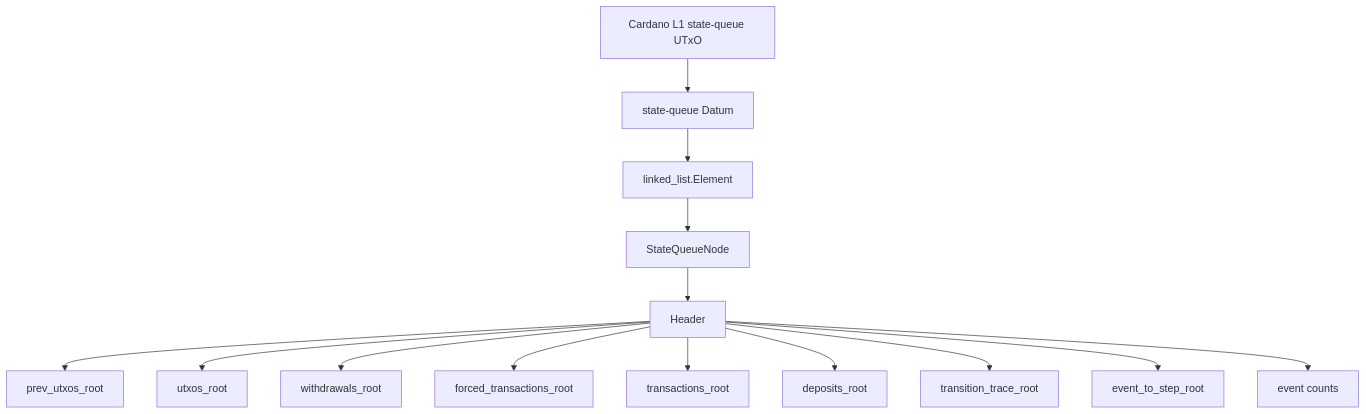
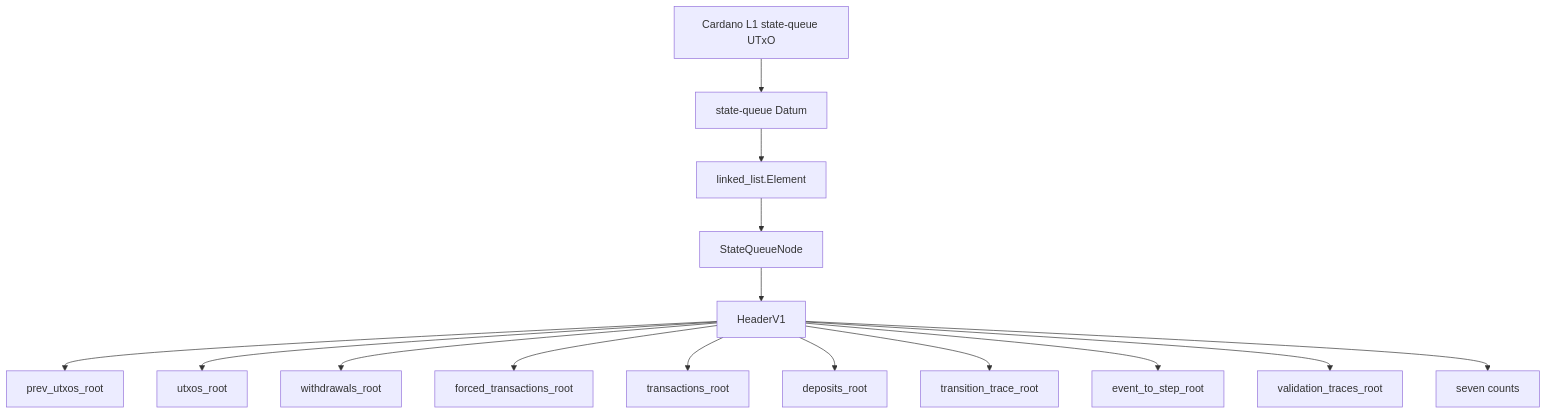
One commit to Anastasia-Labs/midgard changed the first of 4 diagrams in demo/midgard-node/docs/TRANSITION_TRACE_COMMITMENTS.md. Above: the diagram before and after it, drawn with Mermaid. The commit also changed other lines of this file and 8 other files, not shown here.

````diff
--- a/demo/midgard-node/docs/TRANSITION_TRACE_COMMITMENTS.md
+++ b/demo/midgard-node/docs/TRANSITION_TRACE_COMMITMENTS.md
@@ -151,23 +160,24 @@
 ```mermaid
 flowchart TD
   L1["Cardano L1 state-queue UTxO"]
   Datum["state-queue Datum"]
   Elem["linked_list.Element"]
   Node["StateQueueNode"]
-  Header["Header"]
+  HeaderV1["HeaderV1"]
 
   L1 --> Datum
   Datum --> Elem
   Elem --> Node
-  Node --> Header
+  Node --> HeaderV1
 
-  Header --> Prev["prev_utxos_root"]
-  Header --> Utxos["utxos_root"]
-  Header --> Withdrawals["withdrawals_root"]
-  Header --> Forced["forced_transactions_root"]
-  Header --> Txs["transactions_root"]
-  Header --> Deposits["deposits_root"]
-  Header --> Trace["transition_trace_root"]
-  Header --> EventStep["event_to_step_root"]
-  Header --> Counts["event counts"]
+  HeaderV1 --> Prev["prev_utxos_root"]
+  HeaderV1 --> Utxos["utxos_root"]
+  HeaderV1 --> Withdrawals["withdrawals_root"]
+  HeaderV1 --> Forced["forced_transactions_root"]
+  HeaderV1 --> Txs["transactions_root"]
+  HeaderV1 --> Deposits["deposits_root"]
+  HeaderV1 --> Trace["transition_trace_root"]
+  HeaderV1 --> EventStep["event_to_step_root"]
+  HeaderV1 --> Validation["validation_traces_root"]
+  HeaderV1 --> Counts["seven counts"]
 ```
````
